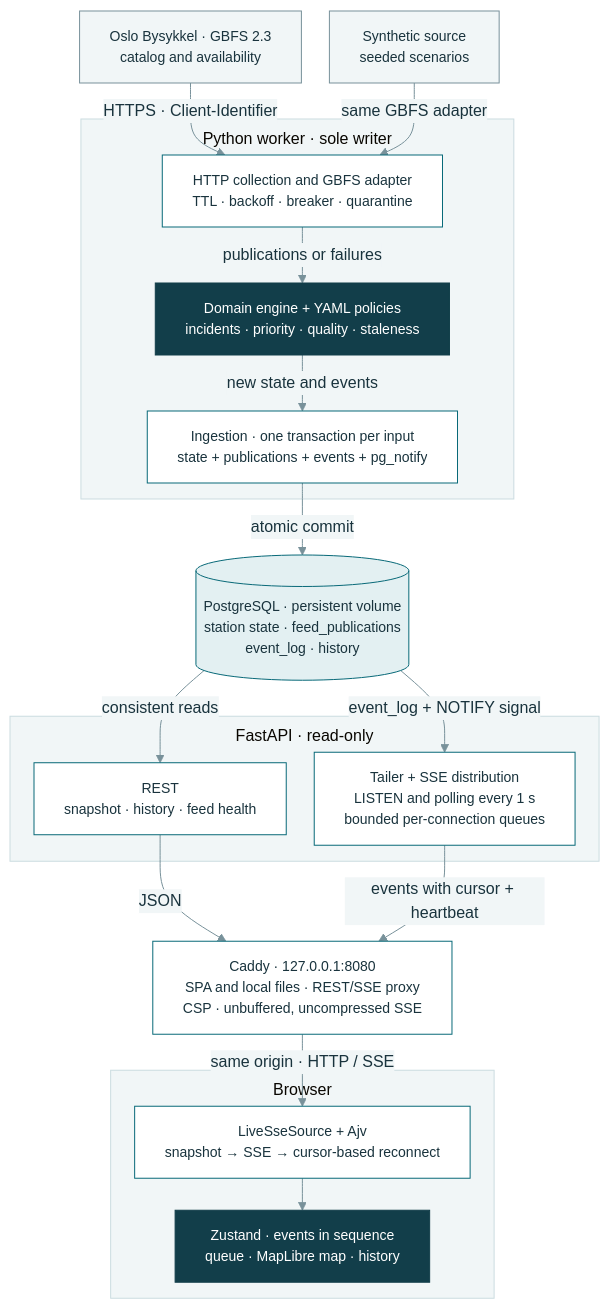
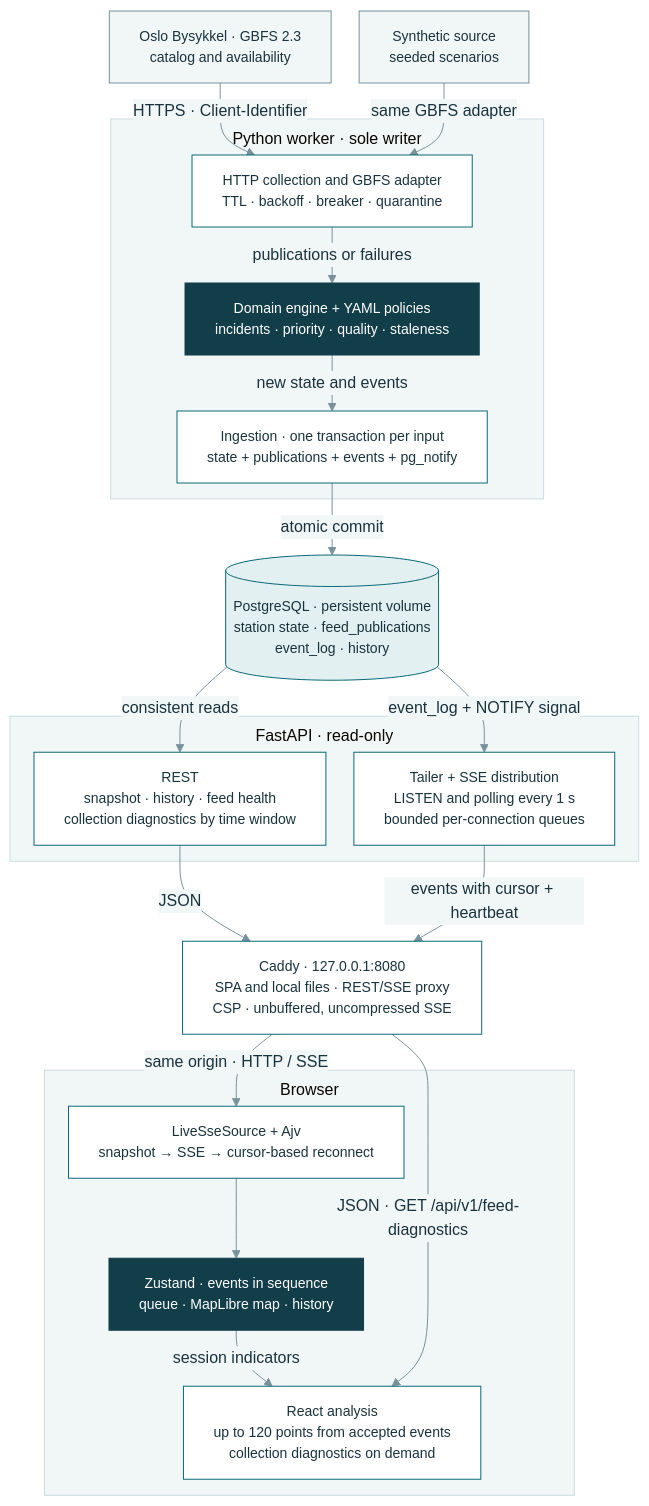
One commit to arthurjoanes/cycleops changed the first of 2 diagrams in README.en.md. Above: the diagram before and after it, drawn with Mermaid. The commit also changed other lines of this file and 65 other files, not shown here.

````diff
--- a/README.en.md
+++ b/README.en.md
@@ -63,55 +69,58 @@
 ```mermaid
 ---
 config:
   theme: base
   themeVariables:
     fontFamily: Arial, sans-serif
     primaryTextColor: "#19333D"
     lineColor: "#78919A"
     clusterBkg: "#F1F6F7"
     clusterBorder: "#CBDCE0"
     edgeLabelBackground: "#F1F6F7"
   flowchart:
     wrappingWidth: 360
     nodeSpacing: 28
     rankSpacing: 32
     subGraphTitleMargin:
       top: 8
       bottom: 12
 ---
 flowchart TB
     Oslo["Oslo Bysykkel · GBFS 2.3<br/>catalog and availability"]:::source
     Synthetic["Synthetic source<br/>seeded scenarios"]:::source
 
         subgraph Worker["Python worker · sole writer"]
             Collector["HTTP collection and GBFS adapter<br/>TTL · backoff · breaker · quarantine"]:::delivery
             Engine["Domain engine + YAML policies<br/>incidents · priority · quality · staleness"]:::core
             Ingest["Ingestion · one transaction per input<br/>state + publications + events + pg_notify"]:::delivery
             Collector -->|"publications or failures"| Engine
             Engine -->|"new state and events"| Ingest
         end
         DB[("PostgreSQL · persistent volume<br/>station state · feed_publications<br/>event_log · history")]:::storage
         subgraph API["FastAPI · read-only"]
-            Rest["REST<br/>snapshot · history · feed health"]:::delivery
+            Rest["REST<br/>snapshot · history · feed health<br/>collection diagnostics by time window"]:::delivery
             Tailer["Tailer + SSE distribution<br/>LISTEN and polling every 1 s<br/>bounded per-connection queues"]:::delivery
         end
         Edge["Caddy · 127.0.0.1:8080<br/>SPA and local files · REST/SSE proxy<br/>CSP · unbuffered, uncompressed SSE"]:::delivery
         Ingest -->|"atomic commit"| DB
         DB -->|"consistent reads"| Rest
         DB -->|"event_log + NOTIFY signal"| Tailer
         Rest -->|"JSON"| Edge
         Tailer -->|"events with cursor + heartbeat"| Edge
 
     subgraph Browser["Browser"]
         Live["LiveSseSource + Ajv<br/>snapshot → SSE → cursor-based reconnect"]:::delivery
         UI["Zustand · events in sequence<br/>queue · MapLibre map · history"]:::core
+        Analysis["React analysis<br/>up to 120 points from accepted events<br/>collection diagnostics on demand"]:::delivery
         Live --> UI
+        UI -->|"session indicators"| Analysis
     end
     Oslo -->|"HTTPS · Client-Identifier"| Collector
     Synthetic -->|"same GBFS adapter"| Collector
     Edge -->|"same origin · HTTP / SSE"| Live
+    Edge -->|"JSON · GET /api/v1/feed-diagnostics"| Analysis
     classDef source font-family:Arial,font-size:14px,fill:#F1F6F7,stroke:#78919A,color:#19333D
     classDef core font-family:Arial,font-size:14px,fill:#123E4A,stroke:#123E4A,color:#FFFFFF
     classDef storage font-family:Arial,font-size:14px,fill:#E3F0F2,stroke:#086978,color:#19333D
     classDef delivery font-family:Arial,font-size:14px,fill:#FFFFFF,stroke:#086978,color:#19333D
 ```
````
